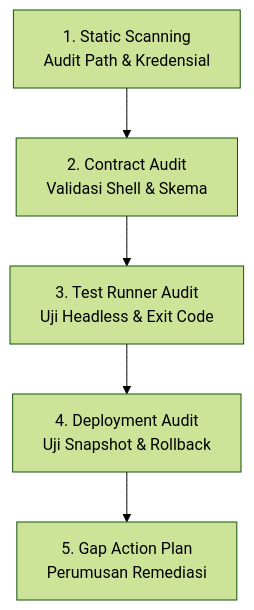
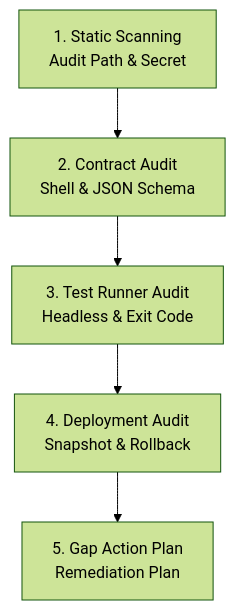
Before and after one commit to edkas07-oss/devops-handbook: the first of 3 diagrams in docs/projects/tomcat-monitoring/engineering-journal/continuous-integration-and-deployment/TN-002-audit-and-standardize-repositories-for-production-plug-and-play-readiness.md, drawn with Mermaid (forest theme). The commit also changed other lines of this file and 5 other files, not shown here.

Commit message:
docs(journal): polish mermaid box labels, headings, and roadmap numbering in ci-cd journals

````diff
--- a/docs/projects/tomcat-monitoring/engineering-journal/continuous-integration-and-deployment/TN-002-audit-and-standardize-repositories-for-production-plug-and-play-readiness.md
+++ b/docs/projects/tomcat-monitoring/engineering-journal/continuous-integration-and-deployment/TN-002-audit-and-standardize-repositories-for-production-plug-and-play-readiness.md
@@ -92,7 +92,7 @@
 ```mermaid
 flowchart TD
-    M1["1. Static Scanning<br/>Audit Path & Kredensial"] --> M2["2. Contract Audit<br/>Validasi Shell & Skema"]
-    M2 --> M3["3. Test Runner Audit<br/>Uji Headless & Exit Code"]
-    M3 --> M4["4. Deployment Audit<br/>Uji Snapshot & Rollback"]
-    M4 --> M5["5. Gap Action Plan<br/>Perumusan Remediasi"]
+    M1["1. Static Scanning<br/>Audit Path & Secret"] --> M2["2. Contract Audit<br/>Shell & JSON Schema"]
+    M2 --> M3["3. Test Runner Audit<br/>Headless & Exit Code"]
+    M3 --> M4["4. Deployment Audit<br/>Snapshot & Rollback"]
+    M4 --> M5["5. Gap Action Plan<br/>Remediation Plan"]
 ```
````
